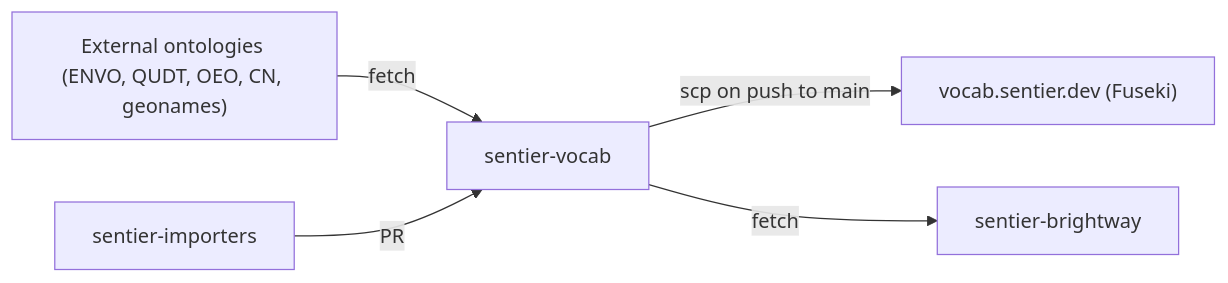
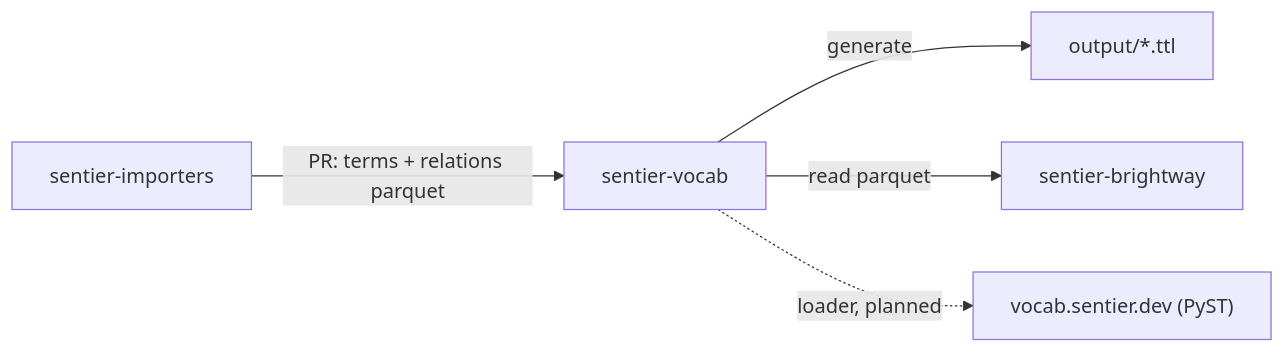
Before and after one commit to sentier-dev/sentier-vocab: the diagram in README.md, drawn with Mermaid. The commit also changed other lines of this file and 96 other files, not shown here.

First line of the commit message:
refactor: remove LinkML schemas, data/ tree and the per-type pipeline

````diff
--- a/README.md
+++ b/README.md
@@ -3,7 +3,7 @@
 ```mermaid
 flowchart LR
-    ext["External ontologies (ENVO, QUDT, OEO, CN, geonames)"] -->|fetch| voc[sentier-vocab]
-    imp[sentier-importers] -->|PR| voc
-    voc -->|scp on push to main| fus["vocab.sentier.dev (Fuseki)"]
-    voc -->|fetch| bw[sentier-brightway]
+    imp[sentier-importers] -->|PR: terms + relations parquet| voc[sentier-vocab]
+    voc -->|generate| ttl[output/*.ttl]
+    voc -->|read parquet| bw[sentier-brightway]
+    voc -.->|loader, planned| pyst["vocab.sentier.dev (PyST)"]
 ```
````
